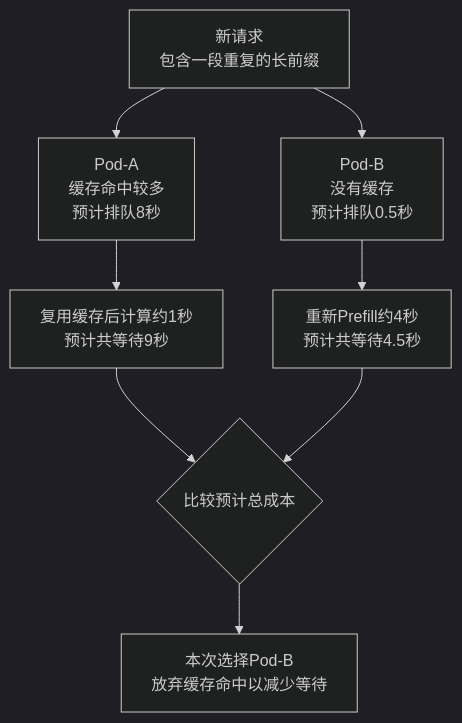
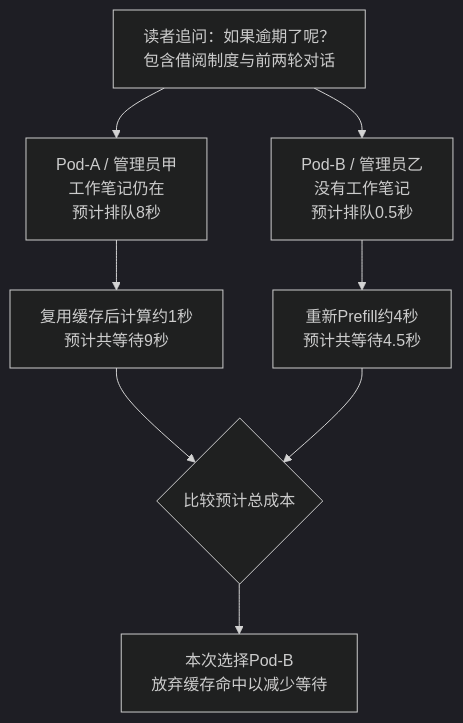
Before and after one commit to gqcn/johns-blog: diagram 12 of 23 in docs/docs/1000-AI技术/600-推理服务/5000-大模型推理服务会话保持与KVCache感知路由技术详解.md, drawn with Mermaid (dark theme). The commit also changed other lines of this file and 10 other files, not shown here.

````diff
--- a/docs/docs/1000-AI技术/600-推理服务/5000-大模型推理服务会话保持与KVCache感知路由技术详解.md
+++ b/docs/docs/1000-AI技术/600-推理服务/5000-大模型推理服务会话保持与KVCache感知路由技术详解.md
@@ -516,10 +560,10 @@
 ```mermaid
 flowchart TB
-    Req["新请求<br/>包含一段重复的长前缀"] --> A["Pod-A<br/>缓存命中较多<br/>预计排队8秒"]
-    Req --> B["Pod-B<br/>没有缓存<br/>预计排队0.5秒"]
+    Req["读者追问：如果逾期了呢？<br/>包含借阅制度与前两轮对话"] --> A["Pod-A / 管理员甲<br/>工作笔记仍在<br/>预计排队8秒"]
+    Req --> B["Pod-B / 管理员乙<br/>没有工作笔记<br/>预计排队0.5秒"]
     A --> CostA["复用缓存后计算约1秒<br/>预计共等待9秒"]
     B --> CostB["重新Prefill约4秒<br/>预计共等待4.5秒"]
     CostA --> Compare{"比较预计总成本"}
     CostB --> Compare
     Compare --> Pick["本次选择Pod-B<br/>放弃缓存命中以减少等待"]
 ```
````
